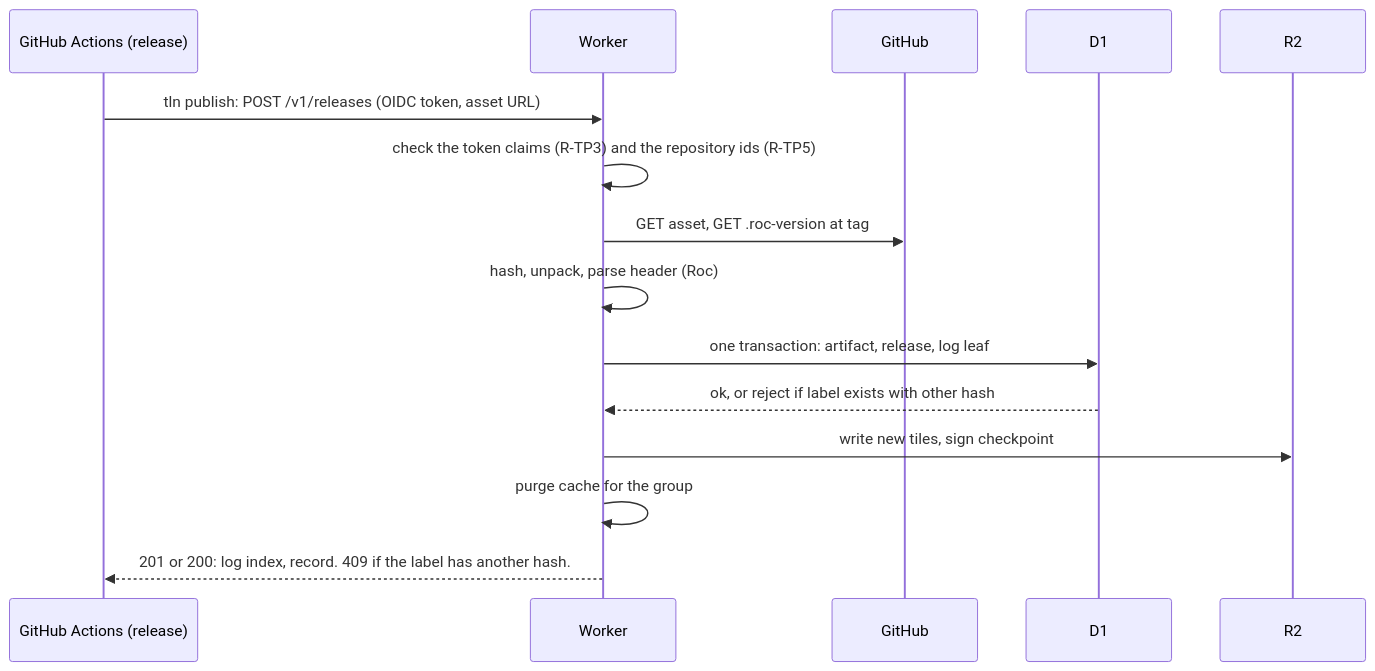
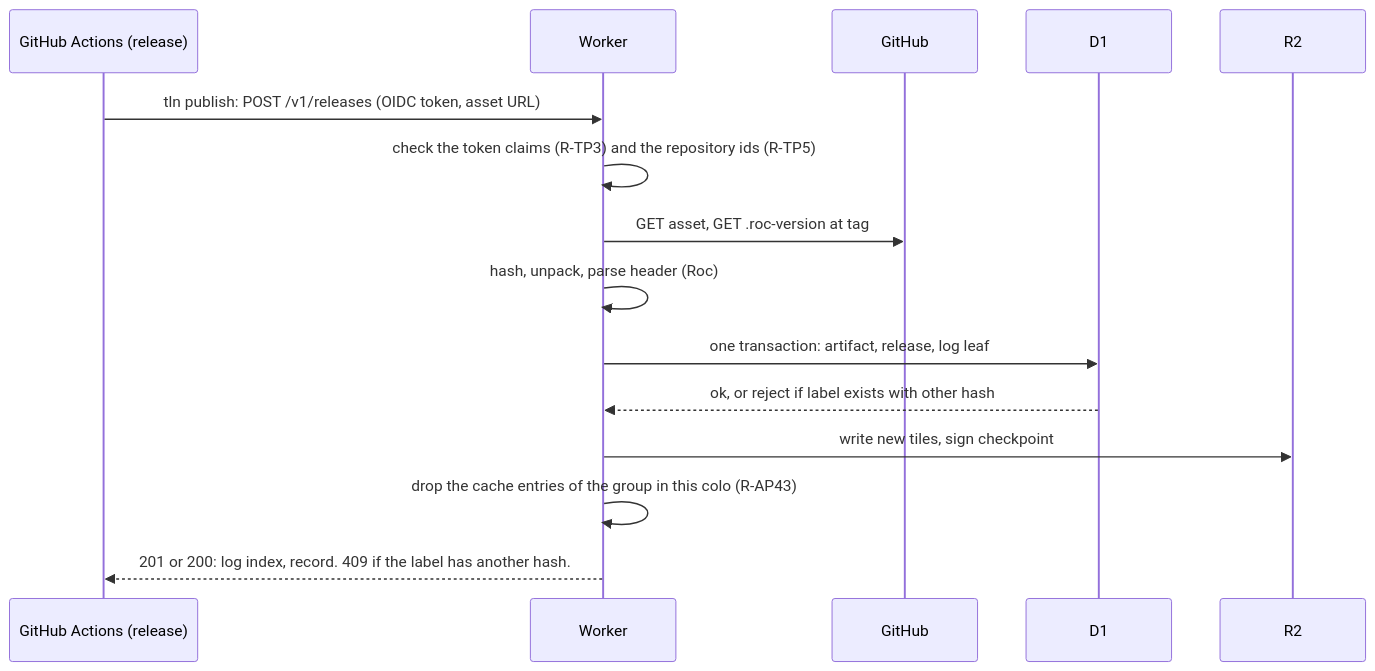
One commit to roc-talon/talon changed the fourth of 4 diagrams in DESIGN-REGISTRY.md. Above: the diagram before and after it, drawn with Mermaid. The commit also changed other lines of this file and 64 other files, not shown here.

````diff
--- a/DESIGN-REGISTRY.md
+++ b/DESIGN-REGISTRY.md
@@ -625,17 +649,17 @@
 ```mermaid
 sequenceDiagram
     participant CI as GitHub Actions (release)
     participant W as Worker
     participant GH as GitHub
     participant D as D1
     participant R as R2
     CI->>W: tln publish: POST /v1/releases (OIDC token, asset URL)
     W->>W: check the token claims (R-TP3) and the repository ids (R-TP5)
     W->>GH: GET asset, GET .roc-version at tag
     W->>W: hash, unpack, parse header (Roc)
     W->>D: one transaction: artifact, release, log leaf
     D-->>W: ok, or reject if label exists with other hash
     W->>R: write new tiles, sign checkpoint
-    W->>W: purge cache for the group
+    W->>W: drop the cache entries of the group in this colo (R-AP43)
     W-->>CI: 201 or 200: log index, record. 409 if the label has another hash.
 ```
````
